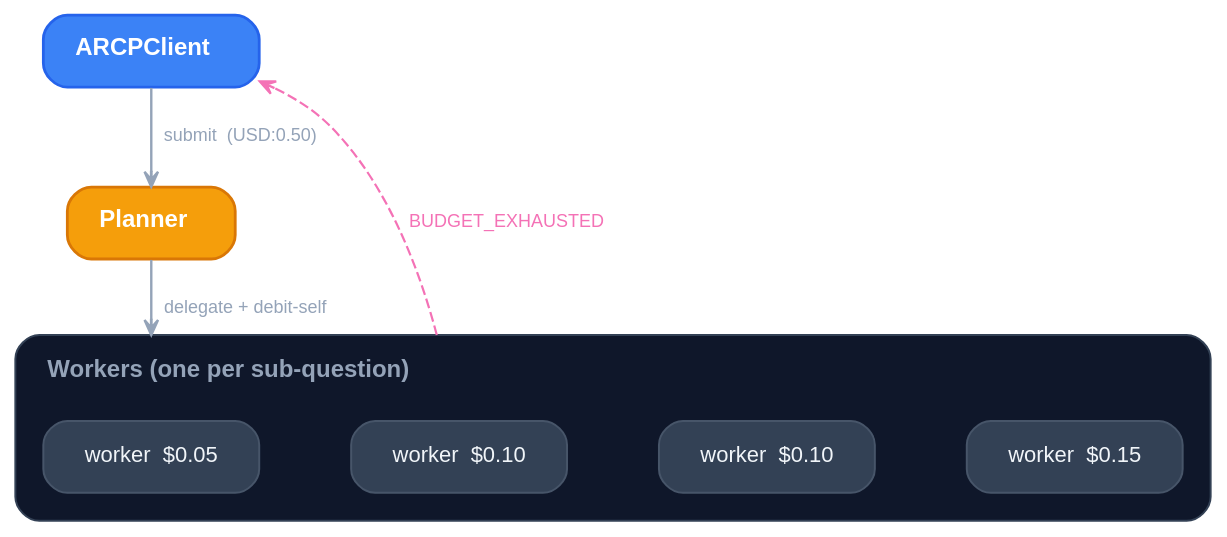
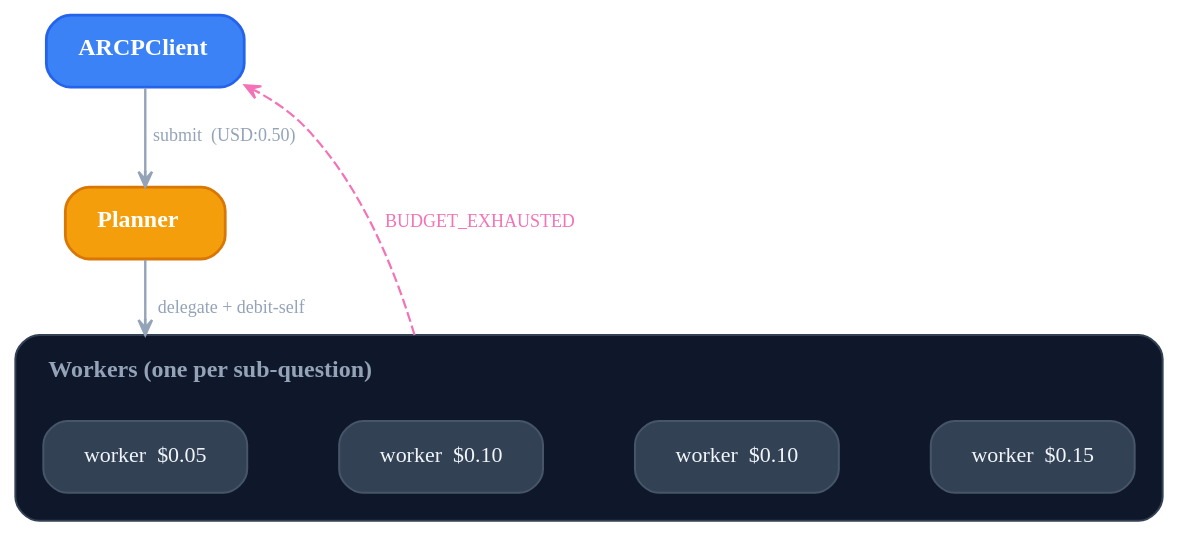
Before and after one commit to agentruntimecontrolprotocol/typescript-sdk: the diagram in recipes/diagrams/multi-agent-budget-dark.dot, drawn with Graphviz. The commit also changed 49 other files, not shown here.

First line of the commit message:
Harmonize Graphviz diagrams with the ARCP design system

```diff
--- a/recipes/diagrams/multi-agent-budget-dark.dot
+++ b/recipes/diagrams/multi-agent-budget-dark.dot
@@ -1,65 +1,65 @@
 digraph MultiAgentBudget {
   rankdir=TB;
   bgcolor="transparent";
   compound=true;
-  fontname="Helvetica";
+  fontname="TT Commons Pro Trial";
   splines=spline;
   nodesep=0.32;
   ranksep=0.55;
   pad="0.35,0.25";
 
   node [
     shape=box, style="rounded,filled",
     fillcolor="#334155", color="#475569",
-    fontname="Helvetica", fontsize=11, fontcolor="#F1F5F9",
+    fontname="TT Commons Pro Trial", fontsize=11, fontcolor="#F1F5F9",
     margin="0.22,0.11", penwidth=1.0
   ];
 
   edge [
-    fontname="Helvetica", fontsize=9, fontcolor="#94A3B8",
+    fontname="TT Commons Pro Trial", fontsize=9, fontcolor="#94A3B8",
     color="#64748B", penwidth=1.1, arrowsize=0.75, arrowhead=vee
   ];
 
   Client [
     label=<<FONT POINT-SIZE="12"><B>ARCPClient</B></FONT>>,
     fillcolor="#3B82F6", color="#2563EB",
     fontcolor="white", penwidth=1.4
   ];
 
   Planner [
     label=<<FONT POINT-SIZE="12"><B>Planner</B></FONT>>,
     fillcolor="#F59E0B", color="#D97706",
     fontcolor="white", penwidth=1.4
   ];
 
   subgraph cluster_workers {
     label=<<TABLE BORDER="0" CELLBORDER="0" CELLPADDING="0" CELLSPACING="0"><TR><TD COLSPAN="3" HEIGHT="8"></TD></TR><TR><TD WIDTH="8"></TD><TD><FONT POINT-SIZE="12"><B>Workers (one per sub-question)</B></FONT></TD><TD WIDTH="8"></TD></TR></TABLE>>;
     style="rounded,filled";
     fillcolor="#0F172A";
     color="#334155";
-    fontname="Helvetica";
+    fontname="TT Commons Pro Trial";
     fontcolor="#94A3B8";
     margin=14;
     labeljust=l;
     penwidth=1.0;
 
     W1 [label="worker  $0.05"];
     W2 [label="worker  $0.10"];
     W3 [label="worker  $0.10"];
     W4 [label="worker  $0.15"];
 
     W1 -> W2 -> W3 -> W4 [style=invis];
     { rank=same; W1; W2; W3; W4; }
   }
 
   edge [color="#94A3B8", penwidth=1.2];
   Client -> Planner [label="submit  (USD:0.50)"];
   Planner -> W1 [label="delegate + debit-self", lhead=cluster_workers];
 
   W2 -> Client [
     style=dashed, color="#F472B6", penwidth=1.1,
     constraint=false,
     label=<<FONT COLOR="#F472B6">BUDGET_EXHAUSTED</FONT>>, fontsize=9,
     ltail=cluster_workers
   ];
 }
```
